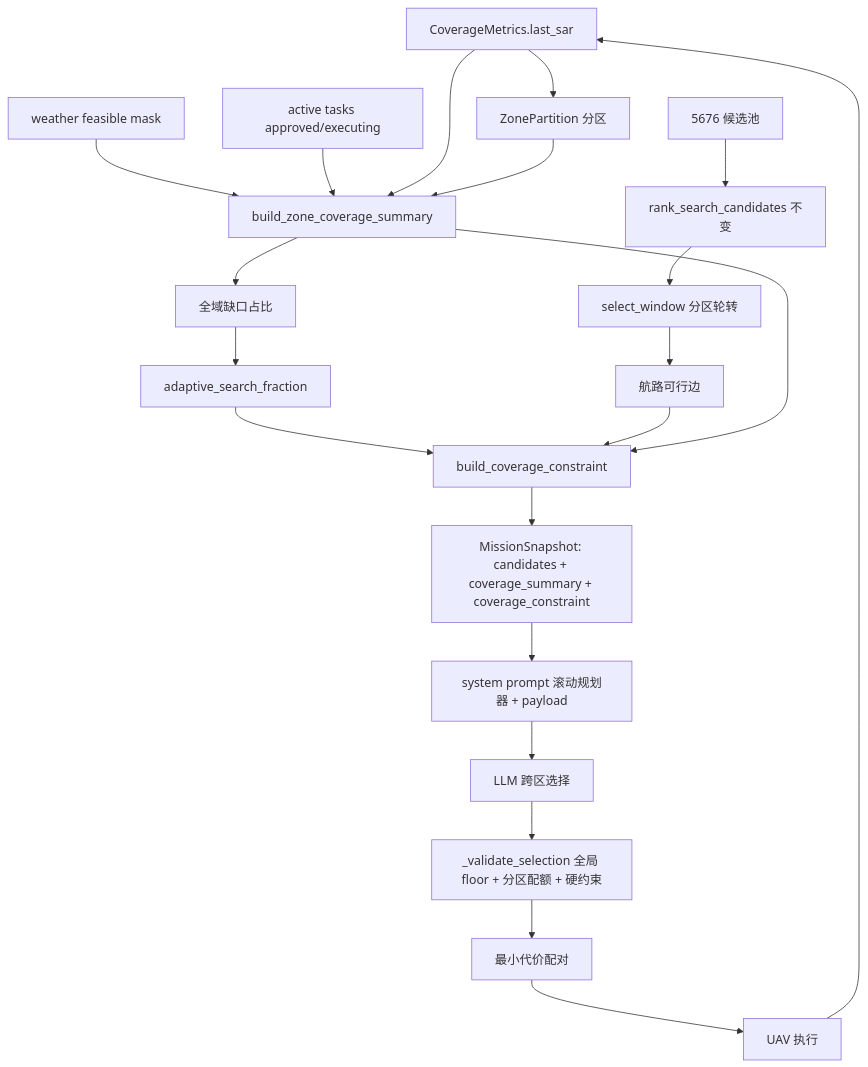
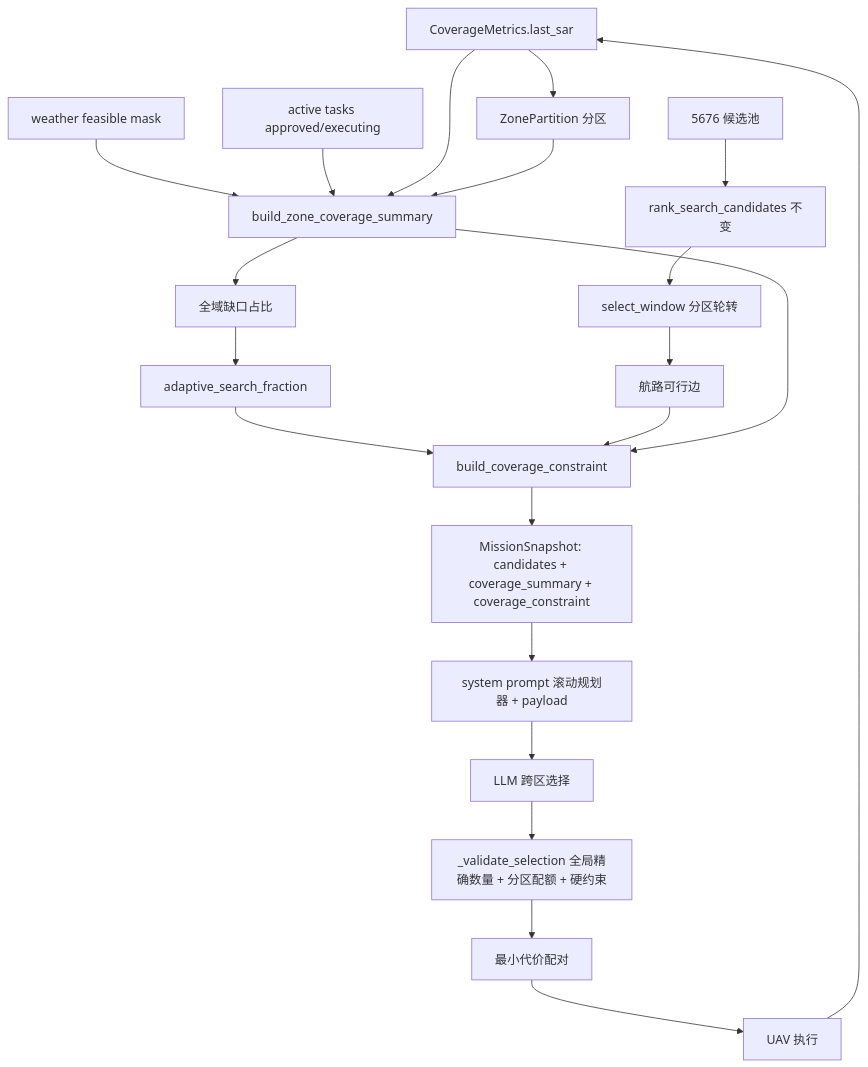
The diagram in docs/superpowers/specs/2026-09-20-zone-aware-rolling-coverage-design.md (SuperExpertDoctor/Maritime-Surveillance), drawn with Mermaid before and after one commit. The commit also changed other lines of this file, not shown here.

````diff
--- a/docs/superpowers/specs/2026-09-20-zone-aware-rolling-coverage-design.md
+++ b/docs/superpowers/specs/2026-09-20-zone-aware-rolling-coverage-design.md
@@ -72,23 +73,23 @@
 ```mermaid
 flowchart TD
   MET[CoverageMetrics.last_sar] --> ZONES[ZonePartition 分区]
   FEAS[weather feasible mask] --> SUM[build_zone_coverage_summary]
   ACT[active tasks approved/executing] --> SUM
   MET --> SUM
   ZONES --> SUM
   SUM --> GAP[全域缺口占比]
   GAP --> FRAC[adaptive_search_fraction]
   FRAC --> CONSTRAINT[build_coverage_constraint]
   POOL[5676 候选池] --> RANK[rank_search_candidates 不变]
   RANK --> WINDOW[select_window 分区轮转]
   WINDOW --> EDGES[航路可行边]
   EDGES --> CONSTRAINT
   SUM --> CONSTRAINT
   CONSTRAINT --> SNAP[MissionSnapshot: candidates + coverage_summary + coverage_constraint]
   SNAP --> PROMPT[system prompt 滚动规划器 + payload]
   PROMPT --> LLM[LLM 跨区选择]
-  LLM --> VALID[_validate_selection 全局 floor + 分区配额 + 硬约束]
+  LLM --> VALID[_validate_selection 全局精确数量 + 分区配额 + 硬约束]
   VALID --> PAIR[最小代价配对]
   PAIR --> EXEC[UAV 执行]
   EXEC --> MET
 ```
````
